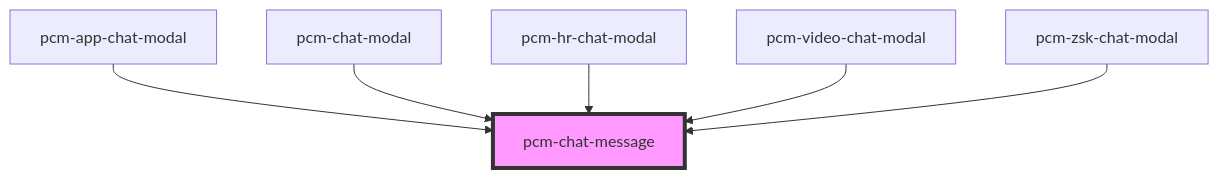
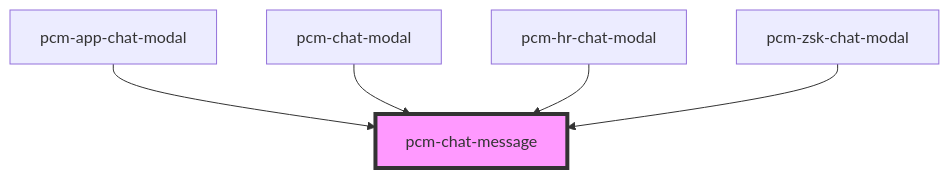
The diagram in packages/pcm-agents/docs/components/pcm-chat-message/readme.md (Pincaimao/pcm-agents-sdk), drawn with Mermaid before and after one commit. The commit also changed other lines of this file and 17 other files, not shown here.

````diff
--- a/packages/pcm-agents/docs/components/pcm-chat-message/readme.md
+++ b/packages/pcm-agents/docs/components/pcm-chat-message/readme.md
@@ -35,9 +35,8 @@
 ```mermaid
 graph TD;
   pcm-app-chat-modal --> pcm-chat-message
   pcm-chat-modal --> pcm-chat-message
   pcm-hr-chat-modal --> pcm-chat-message
-  pcm-video-chat-modal --> pcm-chat-message
   pcm-zsk-chat-modal --> pcm-chat-message
   style pcm-chat-message fill:#f9f,stroke:#333,stroke-width:4px
 ```
````
